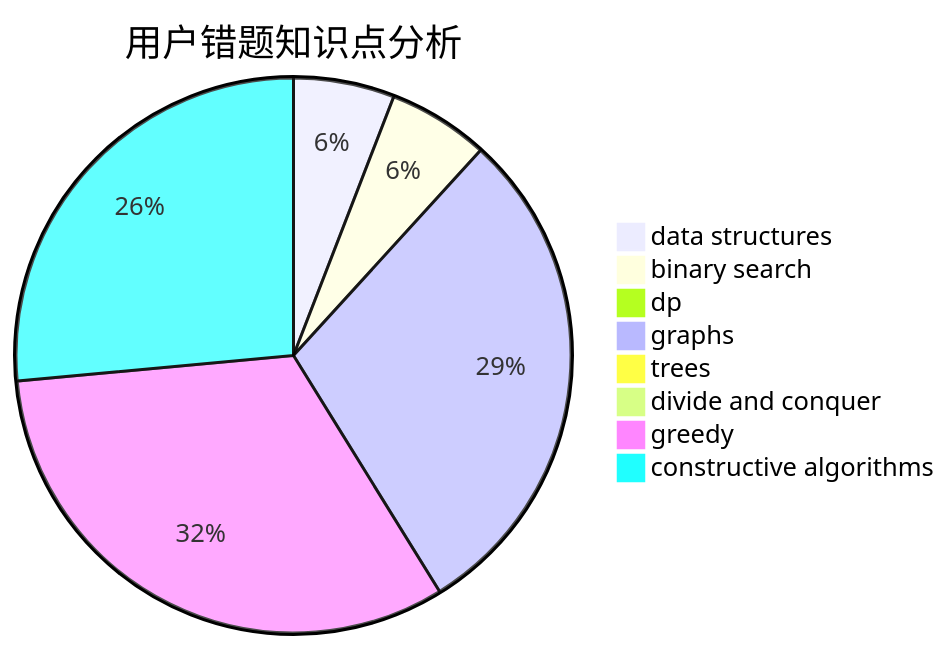
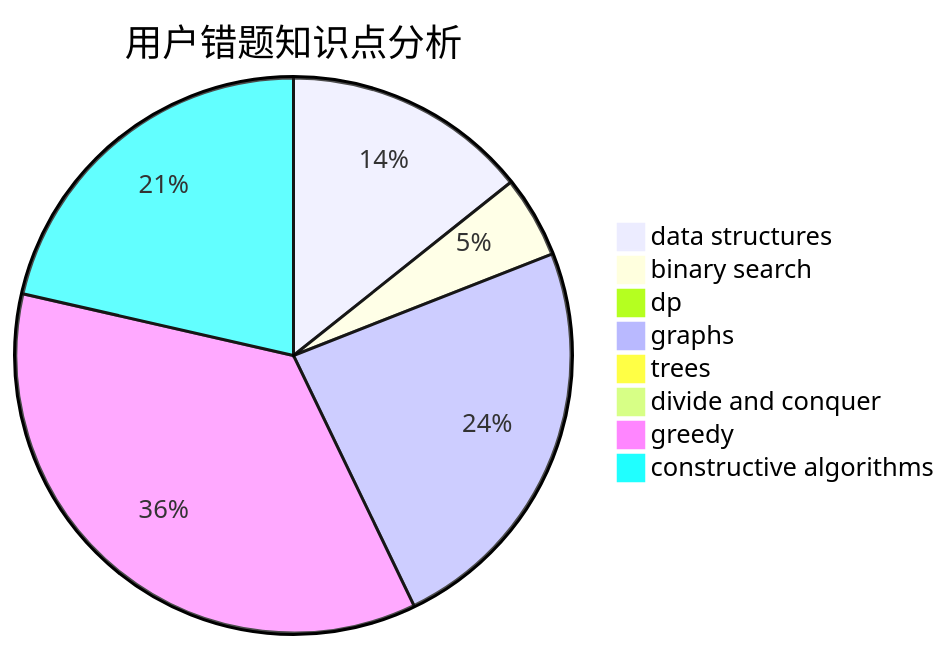
The third of 3 diagrams in docs/user/u191.md (sherpahu/cfrs.github.io), drawn with Mermaid before and after one commit. The commit also changed other lines of this file and 2770 other files, not shown here.

````diff
--- a/docs/user/u191.md
+++ b/docs/user/u191.md
@@ -36,11 +36,11 @@
 ```mermaid
 pie title 用户错题知识点分析
-    "data structures" :  2
+    "data structures" :  6
     "binary search" :  2
     "dp" :  0
     "graphs" :  10
     "trees" :  0
     "divide and conquer" :  0
-    "greedy" :  11
+    "greedy" :  15
     "constructive algorithms" :  9
 ```
````
